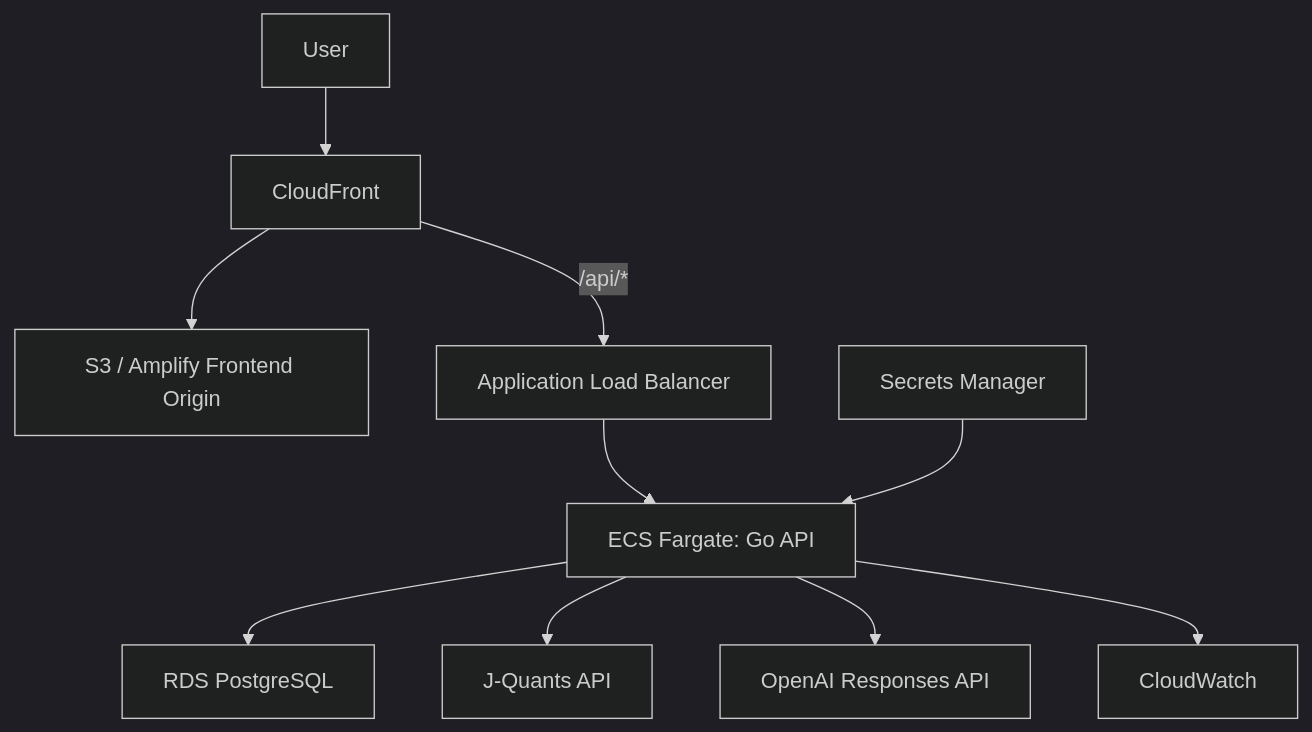
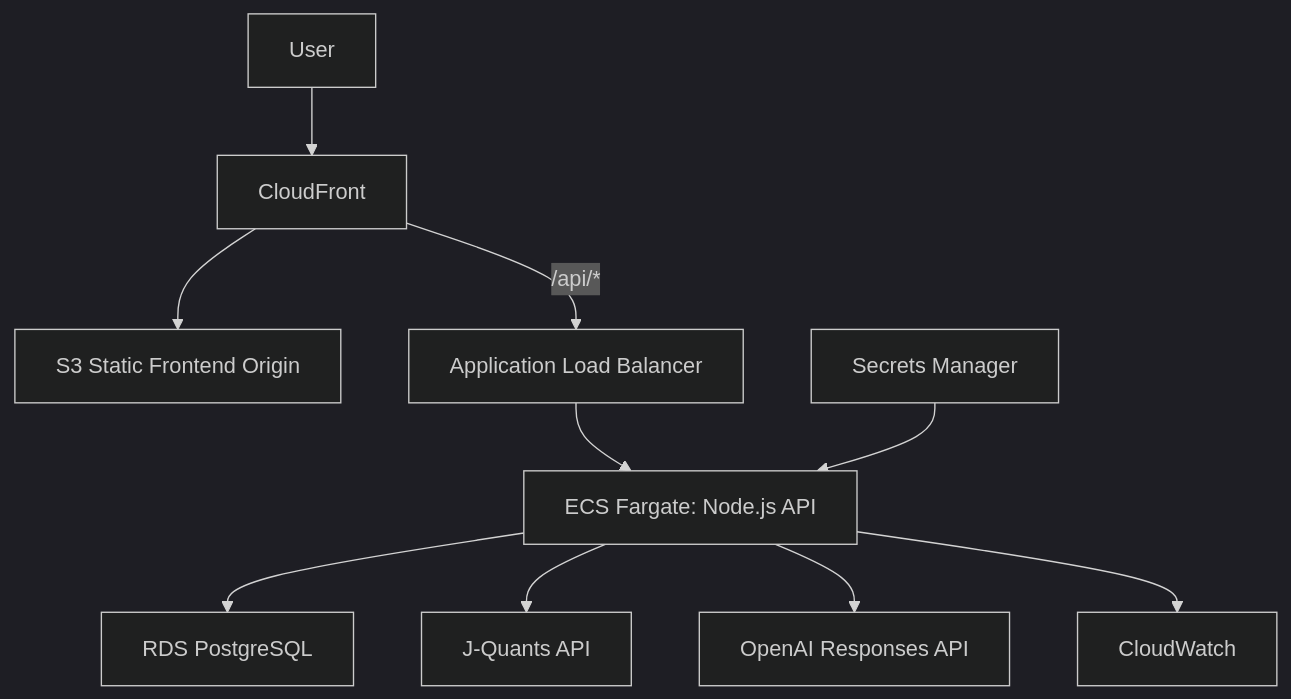
The first of 2 diagrams in docs/06_infra_design.md (KodaiShiraishi/alphalens-jp), drawn with Mermaid (dark theme) before and after one commit. The commit also changed other lines of this file and 9 other files, not shown here.

Commit message:
docs: align MVP architecture with TypeScript stack

````diff
--- a/docs/06_infra_design.md
+++ b/docs/06_infra_design.md
@@ -30,12 +30,12 @@
 ```mermaid
 flowchart TB
   User["User"] --> CF["CloudFront"]
-  CF --> FE["S3 / Amplify Frontend Origin"]
+  CF --> FE["S3 Static Frontend Origin"]
   CF -->|"/api/*"| ALB["Application Load Balancer"]
-  ALB --> ECS["ECS Fargate: Go API"]
+  ALB --> ECS["ECS Fargate: Node.js API"]
   ECS --> RDS["RDS PostgreSQL"]
   ECS --> JQ["J-Quants API"]
   ECS --> OpenAI["OpenAI Responses API"]
   ECS --> CW["CloudWatch"]
   Secrets["Secrets Manager"] --> ECS
 ```
````
